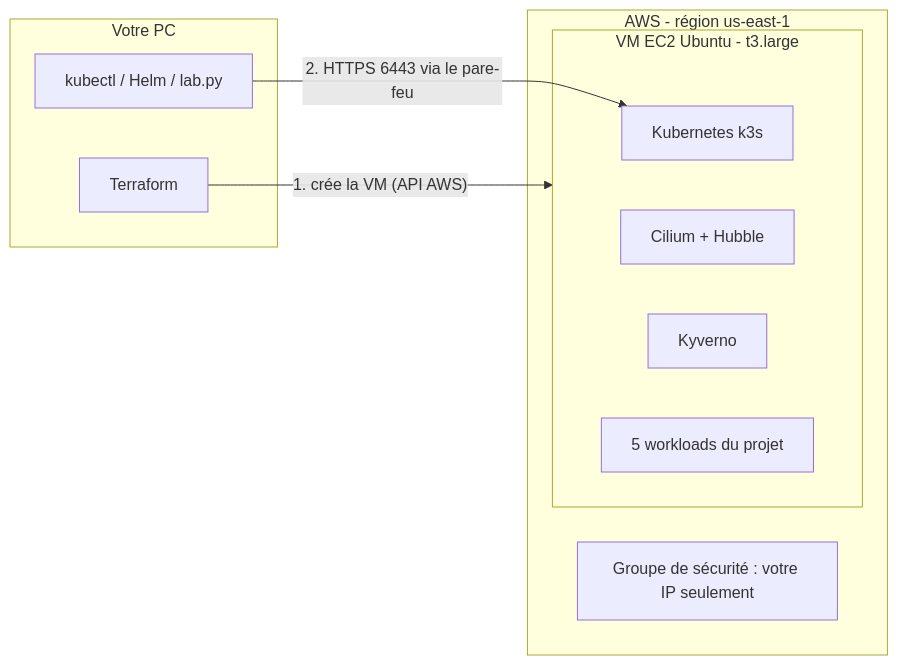
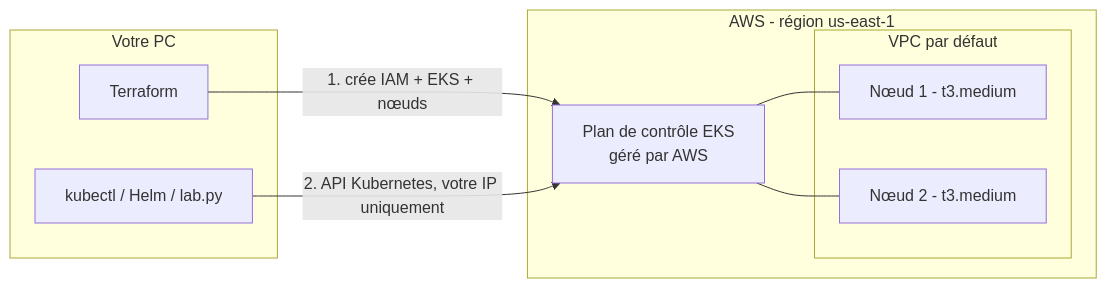
One commit to omar21123/kubernetes-zero-trust changed the diagram in docs/guide-aws.md. Above: the diagram before and after it, drawn with Mermaid. The commit also changed other lines of this file and 24 other files, not shown here.

````diff
--- a/docs/guide-aws.md
+++ b/docs/guide-aws.md
@@ -7,18 +9,18 @@
 ```mermaid
 flowchart LR
     subgraph PC[Votre PC]
       TF[Terraform]
       KC[kubectl / Helm / lab.py]
     end
     subgraph AWS[AWS - région us-east-1]
-      subgraph VM[VM EC2 Ubuntu - t3.large]
-        K3S[Kubernetes k3s]
-        CIL[Cilium + Hubble]
-        KYV[Kyverno]
-        APPS[5 workloads du projet]
+      CP[Plan de contrôle EKS<br/>géré par AWS]
+      subgraph VPC[VPC par défaut]
+        N1[Nœud 1 - t3.medium]
+        N2[Nœud 2 - t3.medium]
       end
-      FW[Groupe de sécurité : votre IP seulement]
     end
-    TF -- "1. crée la VM (API AWS)" --> VM
-    KC -- "2. HTTPS 6443 via le pare-feu" --> K3S
+    TF -- "1. crée IAM + EKS + nœuds" --> CP
+    KC -- "2. API Kubernetes, votre IP uniquement" --> CP
+    CP --- N1
+    CP --- N2
 ```
````
